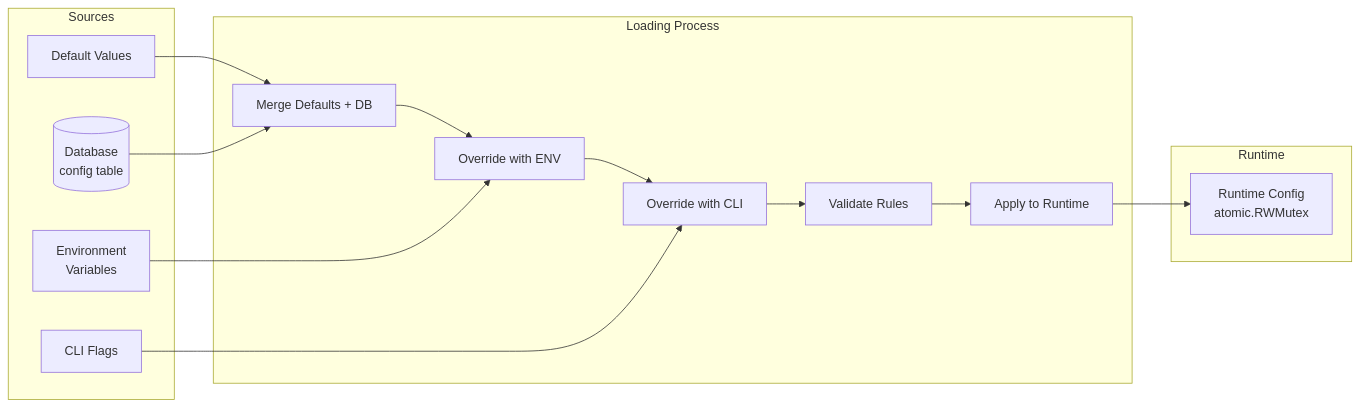
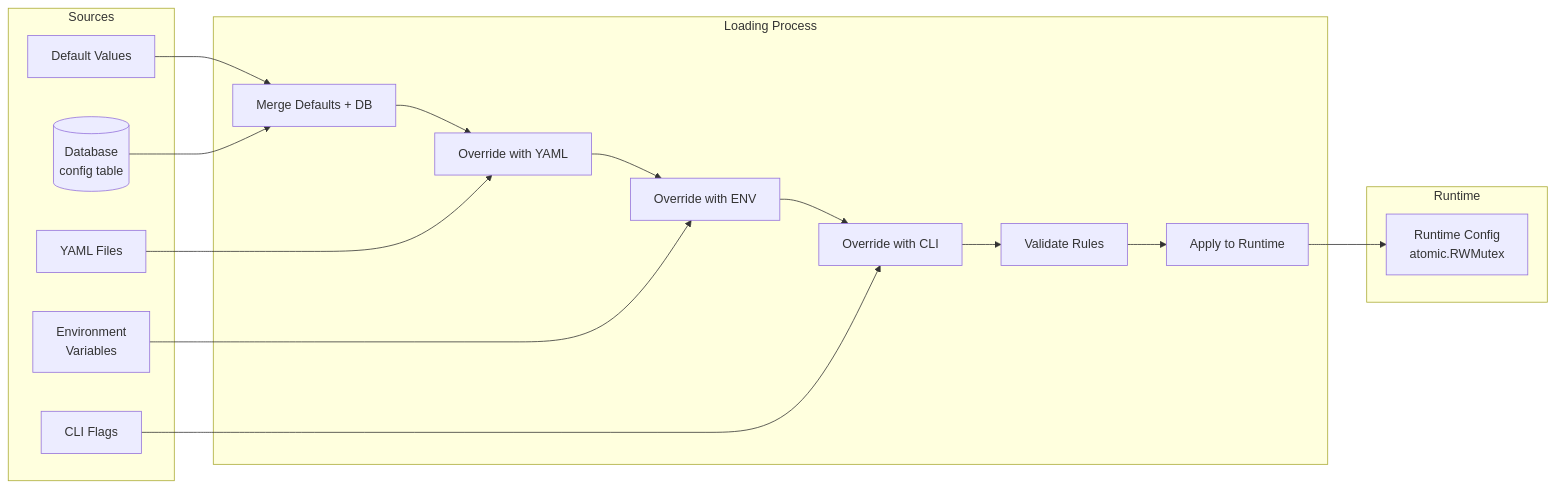
One commit to lbe/sfpg-go changed diagram 18 of 21 in docs/ARCHITECTURE.md. Above: the diagram before and after it, drawn with Mermaid. The commit also changed other lines of this file and 180 other files, not shown here.

````diff
--- a/docs/ARCHITECTURE.md
+++ b/docs/ARCHITECTURE.md
@@ -907,31 +951,35 @@
 ```mermaid
 flowchart LR
     subgraph "Sources"
         Defaults[Default Values]
         Database[(Database<br/>config table)]
+        YAML[YAML Files]
         ENV[Environment<br/>Variables]
         CLI[CLI Flags]
     end
 
     subgraph "Loading Process"
         M1[Merge Defaults + DB]
-        M2[Override with ENV]
-        M3[Override with CLI]
+        M2[Override with YAML]
+        M3[Override with ENV]
+        M4[Override with CLI]
         Validate[Validate Rules]
         Apply[Apply to Runtime]
     end
 
     subgraph "Runtime"
         Config[Runtime Config<br/>atomic.RWMutex]
     end
 
     Defaults --> M1
     Database --> M1
     M1 --> M2
-    ENV --> M2
+    YAML --> M2
     M2 --> M3
-    CLI --> M3
-    M3 --> Validate
+    ENV --> M3
+    M3 --> M4
+    CLI --> M4
+    M4 --> Validate
     Validate --> Apply
     Apply --> Config
 ```
````
